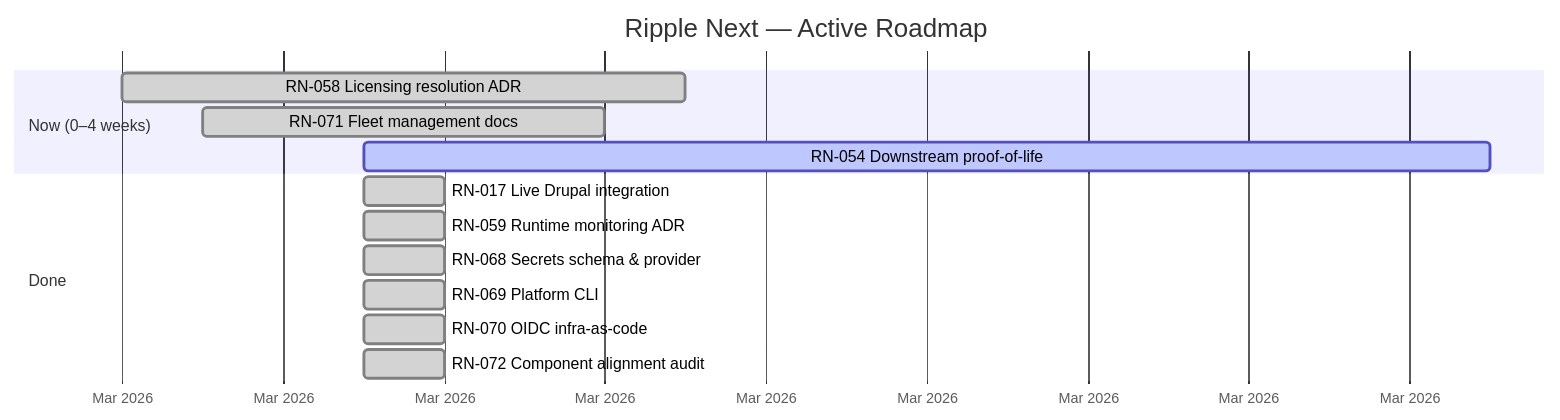
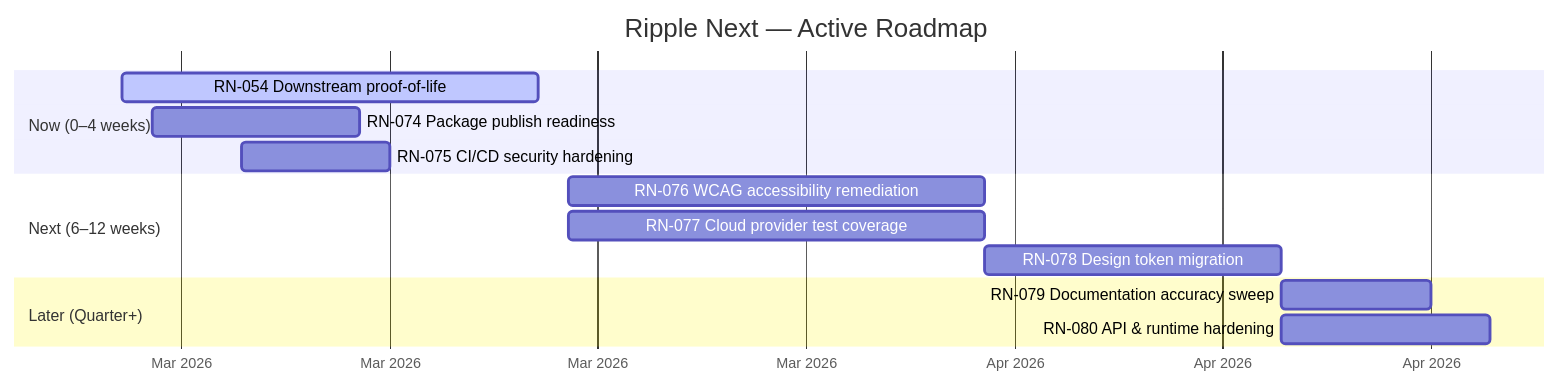
Before and after one commit to jbejenar/ripple-next: the diagram in docs/product-roadmap/README.md, drawn with Mermaid. The commit also changed other lines of this file and 5 other files, not shown here.

First line of the commit message:
docs: full codebase audit + roadmap v10 with audit-derived backlog (RN-073)

````diff
--- a/docs/product-roadmap/README.md
+++ b/docs/product-roadmap/README.md
@@ -16,19 +16,20 @@
 ```mermaid
 gantt
     title Ripple Next — Active Roadmap
     dateFormat YYYY-MM-DD
     axisFormat %b %Y
 
     section Now (0–4 weeks)
-    RN-058 Licensing resolution ADR        :done, rn058, 2026-03-03, 7d
-    RN-071 Fleet management docs           :done, rn071, 2026-03-04, 5d
     RN-054 Downstream proof-of-life        :active, rn054, 2026-03-06, 14d
+    RN-074 Package publish readiness        :rn074, 2026-03-07, 7d
+    RN-075 CI/CD security hardening         :rn075, 2026-03-10, 5d
 
-    section Done
-    RN-017 Live Drupal integration         :done, rn017, 2026-03-06, 1d
-    RN-059 Runtime monitoring ADR          :done, rn059, 2026-03-06, 1d
-    RN-068 Secrets schema & provider       :done, rn068, 2026-03-06, 1d
-    RN-069 Platform CLI                    :done, rn069, 2026-03-06, 1d
-    RN-070 OIDC infra-as-code              :done, rn070, 2026-03-06, 1d
-    RN-072 Component alignment audit       :done, rn072, 2026-03-06, 1d
+    section Next (6–12 weeks)
+    RN-076 WCAG accessibility remediation   :rn076, 2026-03-21, 14d
+    RN-077 Cloud provider test coverage     :rn077, 2026-03-21, 14d
+    RN-078 Design token migration           :rn078, 2026-04-04, 10d
+
+    section Later (Quarter+)
+    RN-079 Documentation accuracy sweep     :rn079, 2026-04-14, 5d
+    RN-080 API & runtime hardening          :rn080, 2026-04-14, 7d
 ```
````
